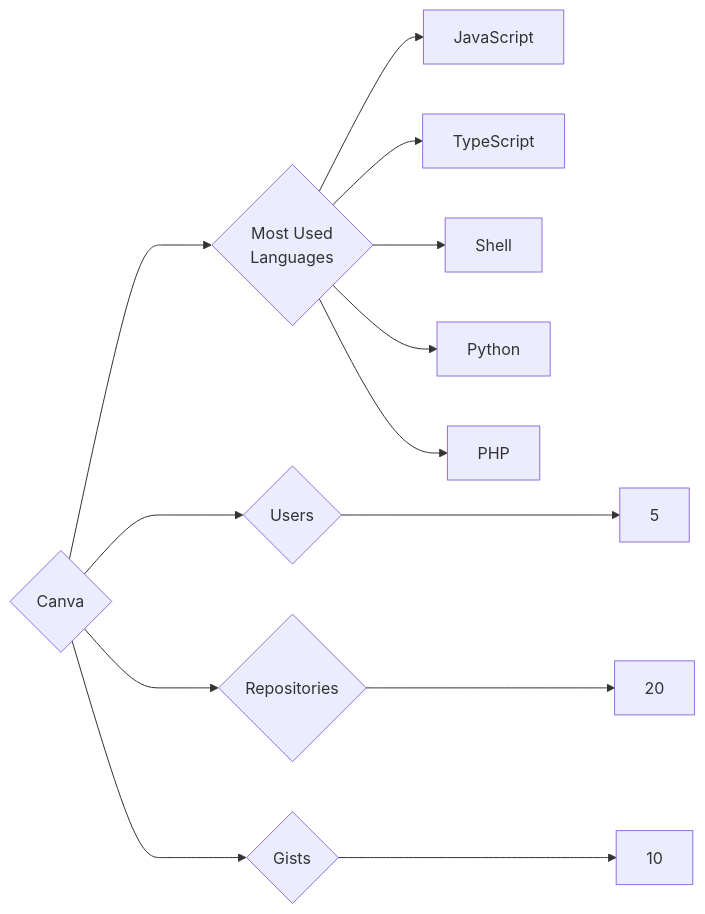
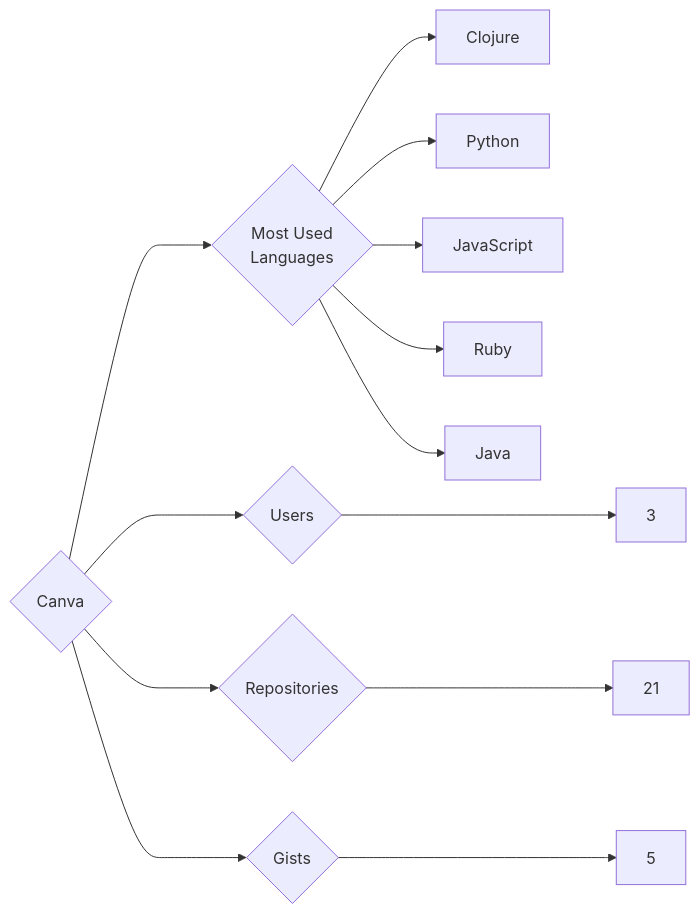
Before and after one commit to trickest/insiders: the diagram in targets/Canva/README.md, drawn with Mermaid. The commit also changed 1007 other files, not shown here.

````diff
--- a/targets/Canva/README.md
+++ b/targets/Canva/README.md
@@ -3,13 +3,13 @@
 ```mermaid
 graph LR
 COMPANY_NAME{Canva}
-COMPANY_NAME ---> U{Users} ---> UN[5]
-COMPANY_NAME ---> R{Repositories} ---> RN[20]
-COMPANY_NAME ---> G{Gists} ---> GN[10]
+COMPANY_NAME ---> U{Users} ---> UN[3]
+COMPANY_NAME ---> R{Repositories} ---> RN[21]
+COMPANY_NAME ---> G{Gists} ---> GN[5]
 COMPANY_NAME ---> ML{Most Used<br>Languages}
+ML --> Clojure[Clojure]
+ML --> Python[Python]
 ML --> JavaScript[JavaScript]
-ML --> TypeScript[TypeScript]
-ML --> Shell[Shell]
-ML --> Python[Python]
-ML --> PHP[PHP]
+ML --> Ruby[Ruby]
+ML --> Java[Java]
 ```
````
